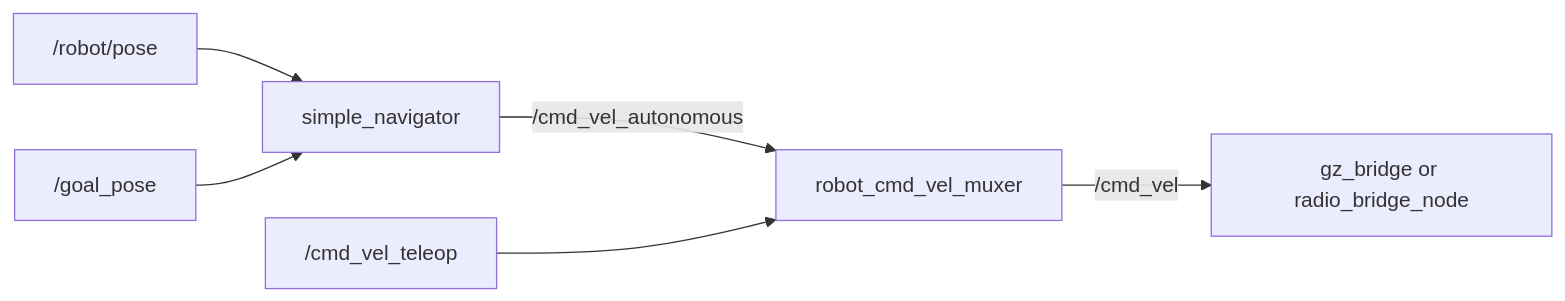
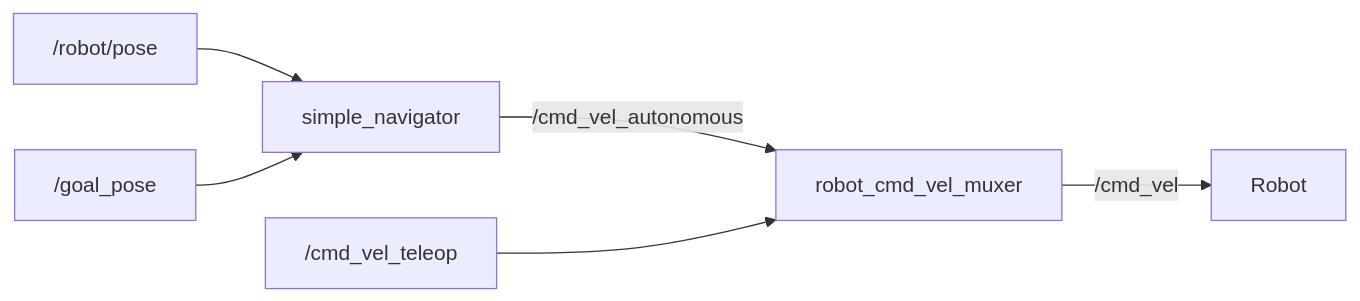
One commit to eubotx/robofetz_as changed the first of 3 diagrams in docs/packages/robot_navigation.md. Above: the diagram before and after it, drawn with Mermaid. The commit also changed other lines of this file and 29 other files, not shown here.

````diff
--- a/docs/packages/robot_navigation.md
+++ b/docs/packages/robot_navigation.md
@@ -33,8 +36,8 @@
 ```mermaid
 flowchart LR
   Pose["/robot/pose"] --> Simple["simple_navigator"]
   Goal["/goal_pose"] --> Simple
   Simple -->|"/cmd_vel_autonomous"| Mux["robot_cmd_vel_muxer"]
   Teleop["/cmd_vel_teleop"] --> Mux
-  Mux -->|"/cmd_vel"| Drive["gz_bridge or radio_bridge_node"]
+  Mux -->|"/cmd_vel"| Drive["Robot"]
 ```
````
